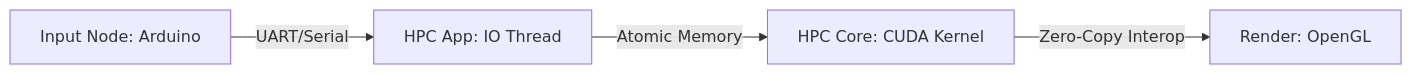
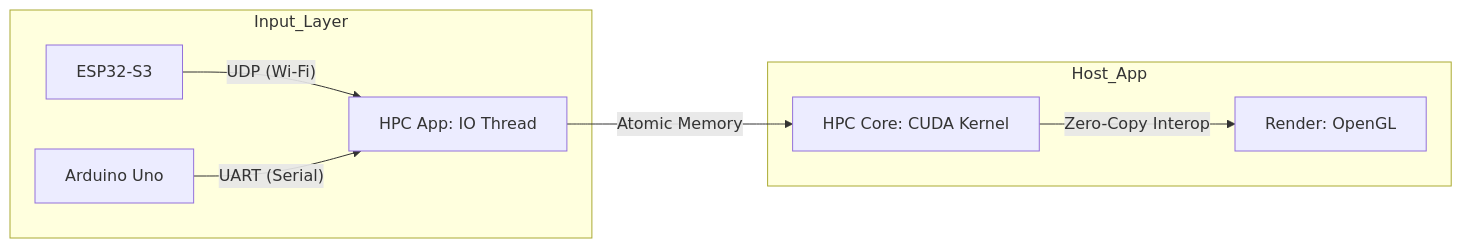
The diagram in CudaStudy/06_Heterogeneous_HPC/README.md (Hyeonjoon-Nam/Cuda-Study-Journey), drawn with Mermaid before and after one commit. The commit also changed other lines of this file and 1 other file, not shown here.

````diff
--- a/CudaStudy/06_Heterogeneous_HPC/README.md
+++ b/CudaStudy/06_Heterogeneous_HPC/README.md
@@ -19,6 +20,12 @@
 ```mermaid
 graph LR
-    A[Input Node: Arduino] -- UART/Serial --> B[HPC App: IO Thread]
-    B -- Atomic Memory --> C[HPC Core: CUDA Kernel]
-    C -- Zero-Copy Interop --> D[Render: OpenGL]
+    subgraph Input_Layer
+        A[ESP32-S3] -- "UDP (Wi-Fi)" --> B
+        E[Arduino Uno] -- "UART (Serial)" --> B
+    end
+    
+    subgraph Host_App
+        B[HPC App: IO Thread] -- Atomic Memory --> C[HPC Core: CUDA Kernel]
+        C -- Zero-Copy Interop --> D[Render: OpenGL]
+    end
 ```
````
